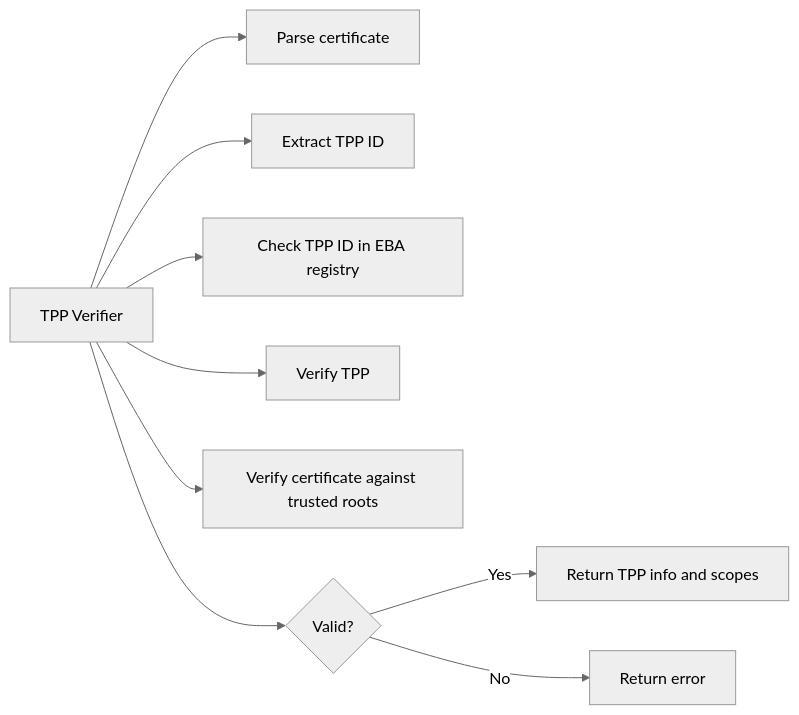
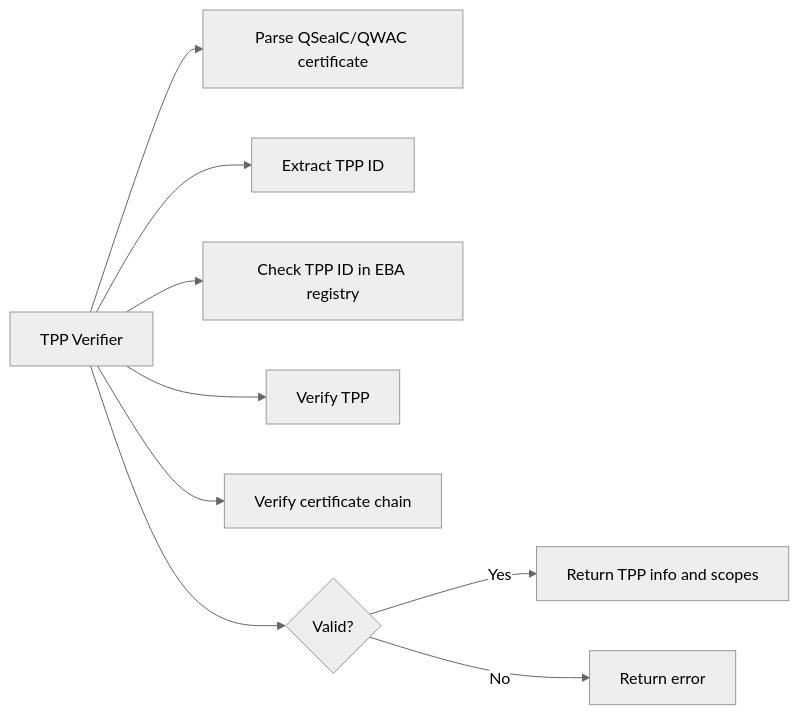
The diagram in README.md (botsman/tppVerifier), drawn with Mermaid (neutral theme) before and after one commit. The commit also changed other lines of this file, not shown here.

````diff
--- a/README.md
+++ b/README.md
@@ -15,11 +33,11 @@
 ```mermaid
 flowchart LR
-    TPPVerifier[TPP Verifier] --> ParseCert[Parse certificate]
+    TPPVerifier[TPP Verifier] --> ParseCert[Parse QSealC/QWAC certificate]
     TPPVerifier[TPP Verifier] --> ExtractTPPID[Extract TPP ID]
     TPPVerifier[TPP Verifier] --> CheckEBA[Check TPP ID in EBA registry]
     TPPVerifier[TPP Verifier] --> VerifyTPP[Verify TPP]
-    TPPVerifier[TPP Verifier] --> VerifyCert[Verify certificate against trusted roots]
+    TPPVerifier[TPP Verifier] --> VerifyCert[Verify certificate chain]
     TPPVerifier[TPP Verifier] --> Valid{Valid?}
     Valid -- Yes --> ReturnInfo[Return TPP info and scopes]
     Valid -- No --> ReturnError[Return error]
 ```
````
